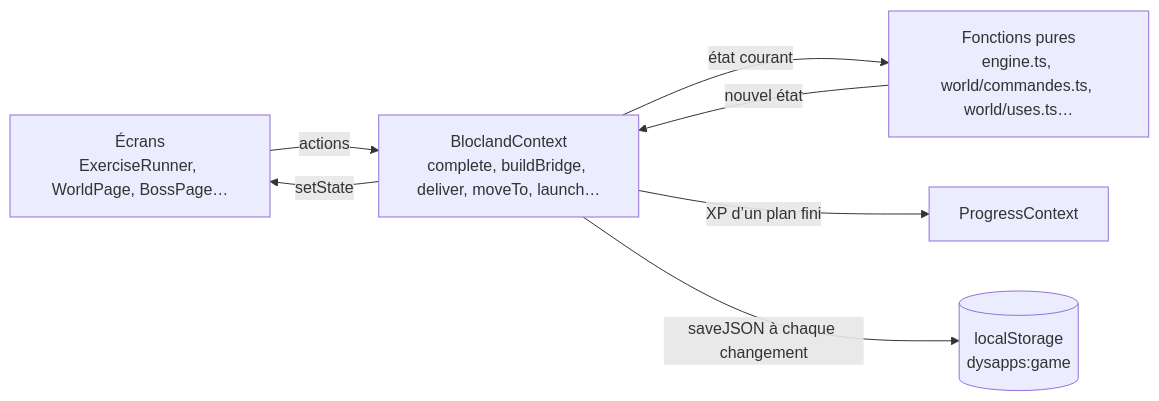
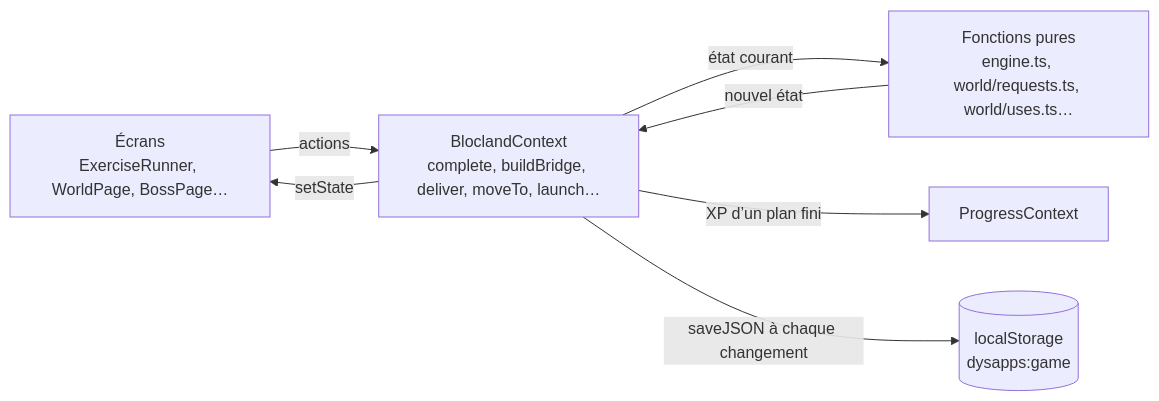
Before and after one commit to g7ed6e/dysapps: the second of 4 diagrams in docs/architecture/partie.md, drawn with Mermaid. The commit also changed other lines of this file and 681 other files, not shown here.

````diff
--- a/docs/architecture/partie.md
+++ b/docs/architecture/partie.md
@@ -46,9 +46,9 @@
 ```mermaid
 flowchart LR
   ecran[Écrans<br/>ExerciseRunner, WorldPage, BossPage…] -- actions --> ctx[BloclandContext<br/>complete, buildBridge, deliver, moveTo, launch…]
-  ctx -- état courant --> regles[Fonctions pures<br/>engine.ts, world/commandes.ts, world/uses.ts…]
+  ctx -- état courant --> regles[Fonctions pures<br/>engine.ts, world/requests.ts, world/uses.ts…]
   regles -- nouvel état --> ctx
   ctx -- setState --> ecran
   ctx -- XP d’un plan fini --> prog[ProgressContext]
   ctx -- saveJSON à chaque changement --> stockage[(localStorage<br/>dysapps:game)]
 ```
````
